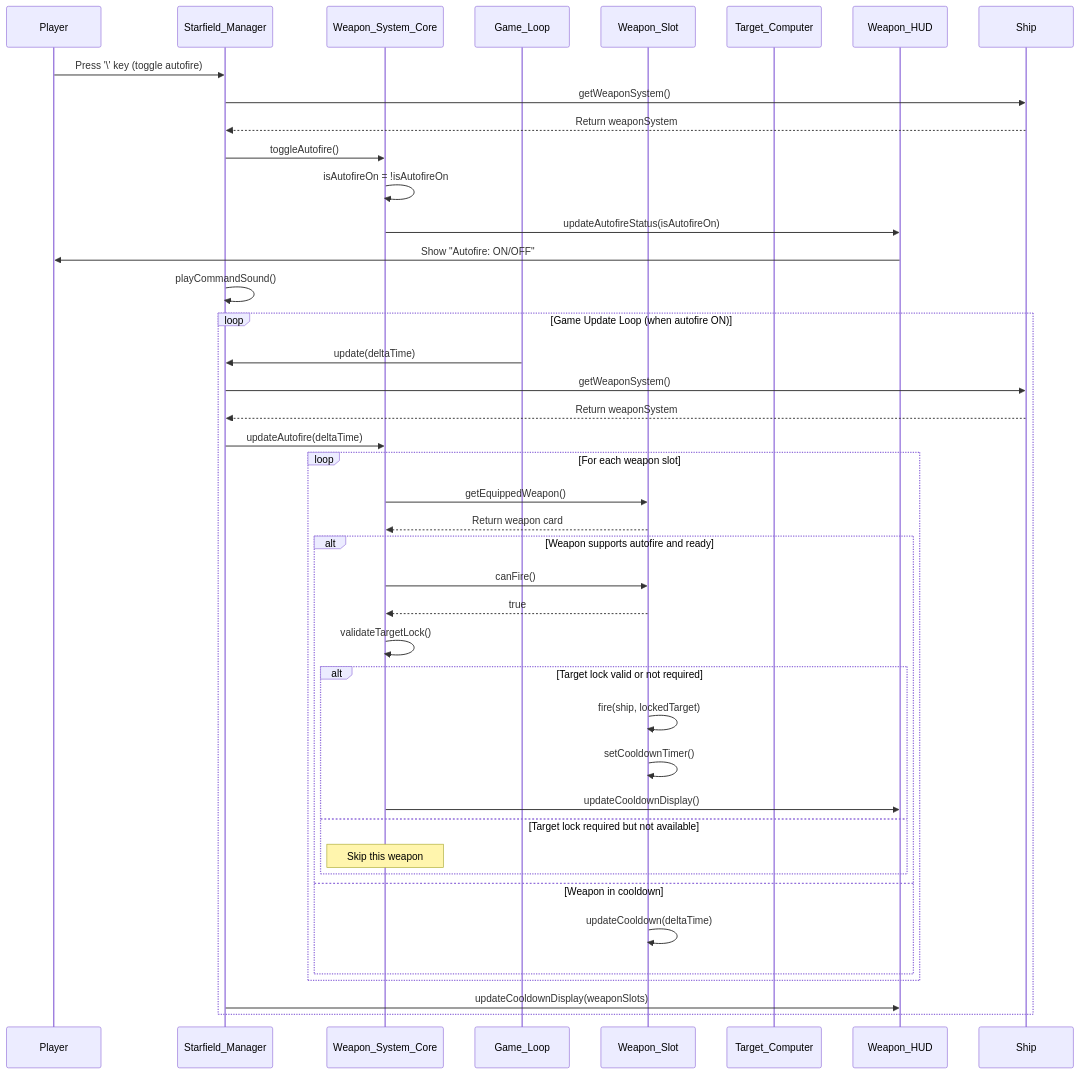
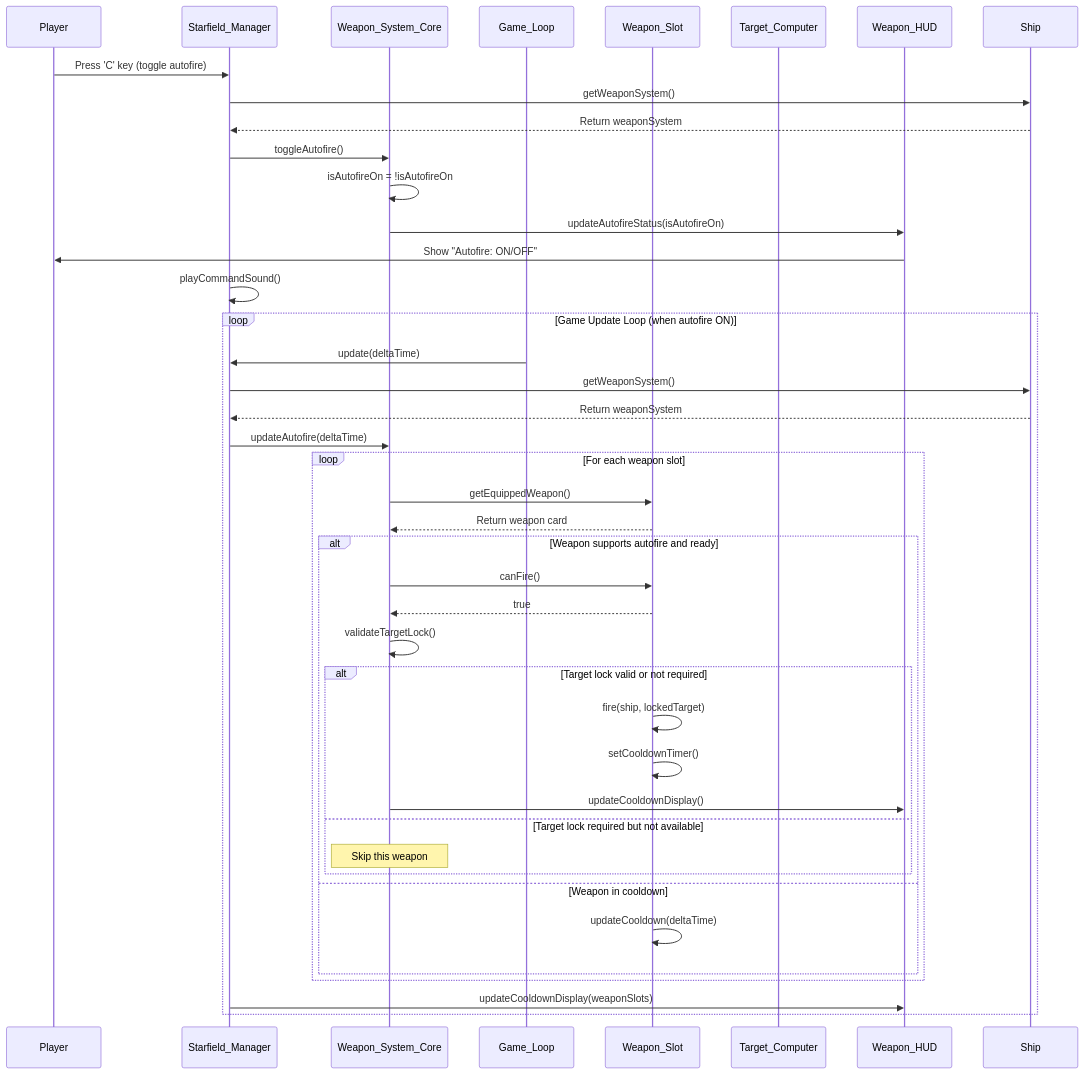
Before and after one commit to thoracle/planetz: diagram 19 of 24 in docs/system_architecture.md, drawn with Mermaid. The commit also changed other lines of this file and 18 other files, not shown here.

````diff
--- a/docs/system_architecture.md
+++ b/docs/system_architecture.md
@@ -1149,50 +1149,50 @@
 ```mermaid
 sequenceDiagram
     participant Player
     participant StarfieldManager as Starfield_Manager
     participant WeaponSystemCore as Weapon_System_Core
     participant GameLoop as Game_Loop
     participant WeaponSlot as Weapon_Slot
     participant TargetComputer as Target_Computer
     participant WeaponHUD as Weapon_HUD
     participant Ship
 
-    Player->>StarfieldManager: Press '\' key (toggle autofire)
+    Player->>StarfieldManager: Press 'C' key (toggle autofire)
     StarfieldManager->>Ship: getWeaponSystem()
     Ship-->>StarfieldManager: Return weaponSystem
     StarfieldManager->>WeaponSystemCore: toggleAutofire()
     WeaponSystemCore->>WeaponSystemCore: isAutofireOn = !isAutofireOn
     WeaponSystemCore->>WeaponHUD: updateAutofireStatus(isAutofireOn)
     WeaponHUD->>Player: Show "Autofire: ON/OFF"
     StarfieldManager->>StarfieldManager: playCommandSound()
 
     loop Game Update Loop (when autofire ON)
         GameLoop->>StarfieldManager: update(deltaTime)
         StarfieldManager->>Ship: getWeaponSystem()
         Ship-->>StarfieldManager: Return weaponSystem
         StarfieldManager->>WeaponSystemCore: updateAutofire(deltaTime)
 
         loop For each weapon slot
             WeaponSystemCore->>WeaponSlot: getEquippedWeapon()
             WeaponSlot-->>WeaponSystemCore: Return weapon card
 
             alt Weapon supports autofire and ready
                 WeaponSystemCore->>WeaponSlot: canFire()
                 WeaponSlot-->>WeaponSystemCore: true
                 WeaponSystemCore->>WeaponSystemCore: validateTargetLock()
                 
                 alt Target lock valid or not required
                     WeaponSlot->>WeaponSlot: fire(ship, lockedTarget)
                     WeaponSlot->>WeaponSlot: setCooldownTimer()
                     WeaponSystemCore->>WeaponHUD: updateCooldownDisplay()
                 else Target lock required but not available
                     Note over WeaponSystemCore: Skip this weapon
                 end
             else Weapon in cooldown
                 WeaponSlot->>WeaponSlot: updateCooldown(deltaTime)
             end
         end
         
         StarfieldManager->>WeaponHUD: updateCooldownDisplay(weaponSlots)
     end
 ```
````
